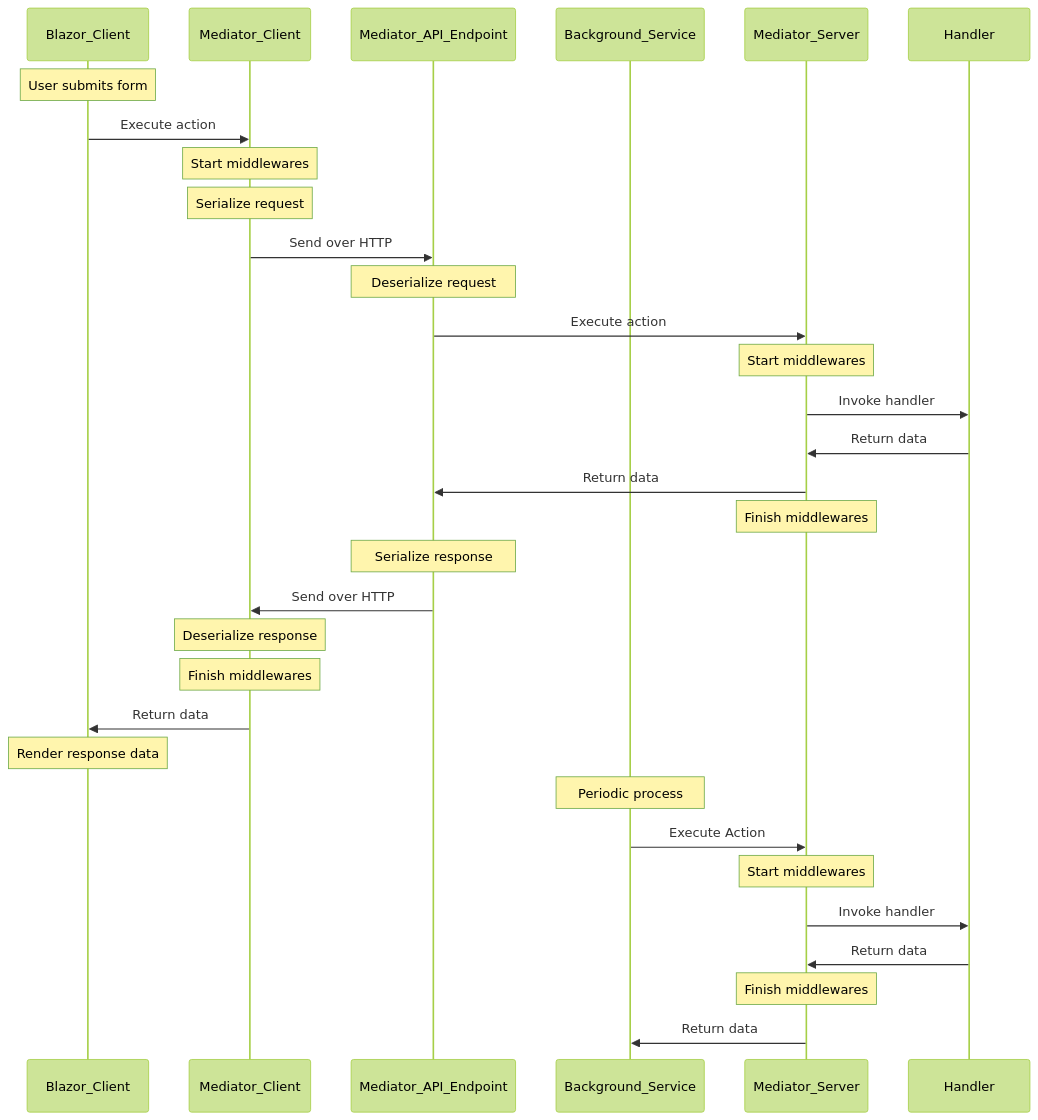
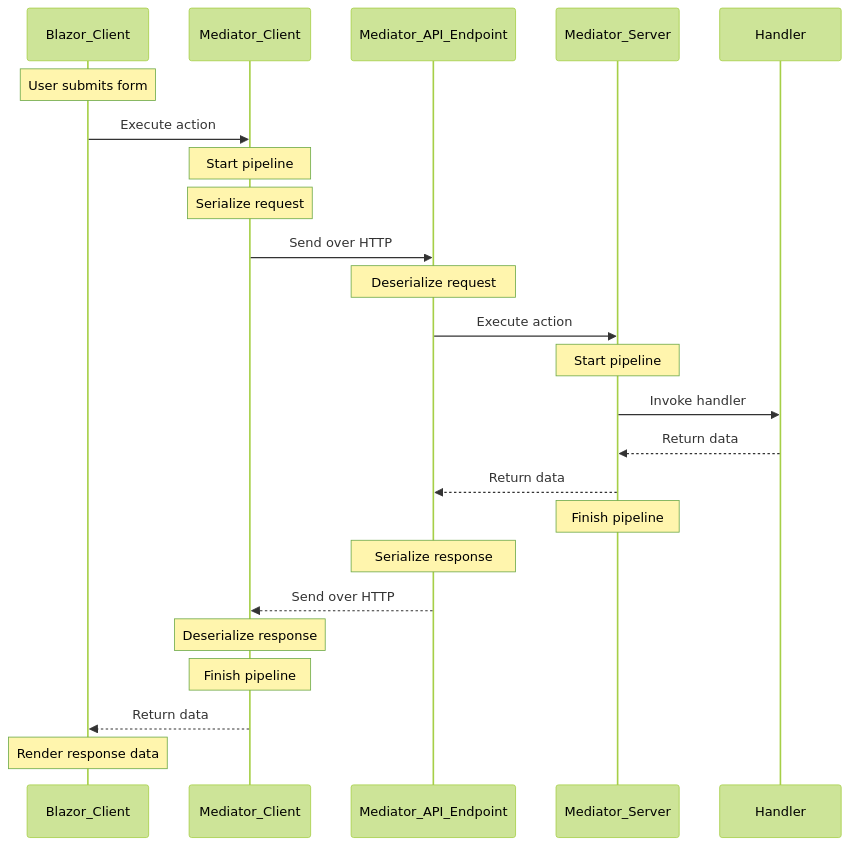
The second of 3 diagrams in docs/diagrams.md (pipaslot/Mediator), drawn with Mermaid (forest theme) before and after one commit. The commit also changed other lines of this file and 1 other file, not shown here.

Commit message:
add diagrams

````diff
--- a/docs/diagrams.md
+++ b/docs/diagrams.md
@@ -2,40 +21,28 @@
 ```mermaid
 sequenceDiagram
     participant Blazor_Client
     participant Mediator_Client
     participant Mediator_API_Endpoint
-    participant Background_Service
     participant Mediator_Server
     participant Handler
 
     Note over Blazor_Client: User submits form
     Blazor_Client->>Mediator_Client: Execute action
     
-    Note over Mediator_Client: Start middlewares
+    Note over Mediator_Client: Start pipeline
     Note over Mediator_Client: Serialize request
     Mediator_Client->>Mediator_API_Endpoint: Send over HTTP 
     Note over Mediator_API_Endpoint: Deserialize request
     Mediator_API_Endpoint->>Mediator_Server: Execute action
-    Note over Mediator_Server: Start middlewares
+    Note over Mediator_Server: Start pipeline
     Mediator_Server->>Handler: Invoke handler
-    Handler->>Mediator_Server: Return data
-    Mediator_Server->>Mediator_API_Endpoint: Return data
-    Note over Mediator_Server: Finish middlewares
+    Handler-->>Mediator_Server: Return data
+    Mediator_Server-->>Mediator_API_Endpoint: Return data
+    Note over Mediator_Server: Finish pipeline
     Note over Mediator_API_Endpoint: Serialize response
-    Mediator_API_Endpoint->>Mediator_Client: Send over HTTP 
+    Mediator_API_Endpoint-->>Mediator_Client: Send over HTTP 
     Note over Mediator_Client: Deserialize response
-    Note over Mediator_Client: Finish middlewares
-    Mediator_Client->>Blazor_Client: Return data
+    Note over Mediator_Client: Finish pipeline
+    Mediator_Client-->>Blazor_Client: Return data
     Note over Blazor_Client: Render response data
-
-    Note over Background_Service: Periodic process
-    Background_Service->>Mediator_Server: Execute Action
-    Note over Mediator_Server: Start middlewares
-    Mediator_Server->>Handler: Invoke handler
-    Handler->>Mediator_Server: Return data
-    Note over Mediator_Server: Finish middlewares
-    Mediator_Server->>Background_Service: Return data
-
-
-
 ```
````
